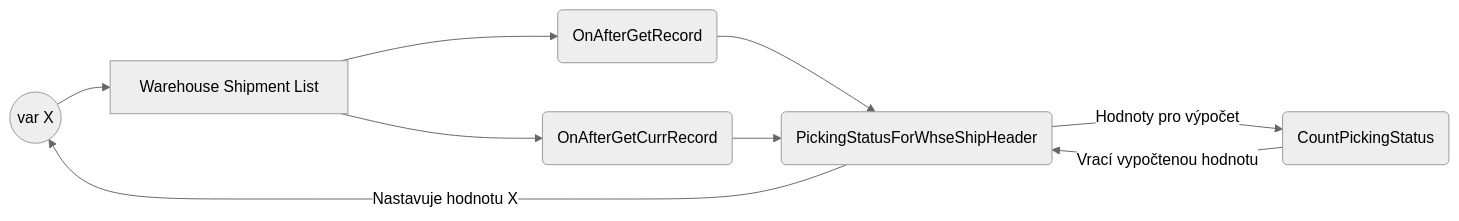
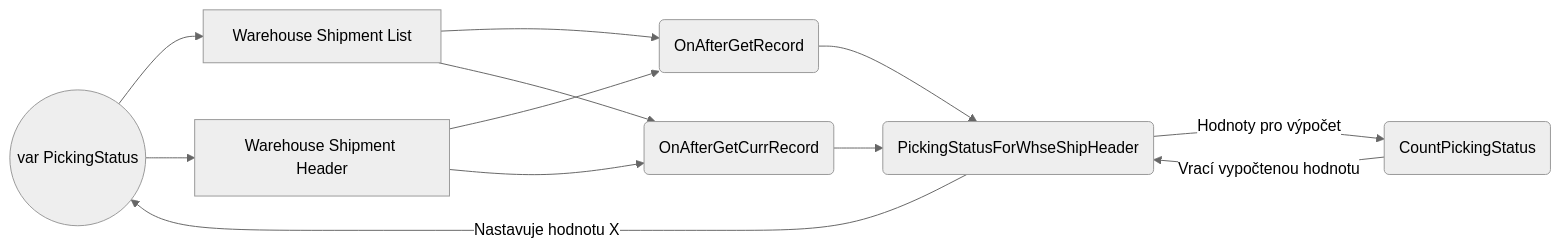
The diagram in Fields/Vypočítaná hodnota na page.md (Pklimki/NVR), drawn with Mermaid (neutral theme) before and after one commit. The commit also changed other lines of this file, not shown here.

````diff
--- a/Fields/Vypočítaná hodnota na page.md
+++ b/Fields/Vypočítaná hodnota na page.md
@@ -25,7 +25,9 @@
 ```mermaid
 graph LR
-A((var X)) --> B[Warehouse Shipment List] --> C(OnAfterGetRecord) --> E(PickingStatusForWhseShipHeader)
+A((var PickingStatus)) --> B[Warehouse Shipment List] --> C(OnAfterGetRecord) --> E(PickingStatusForWhseShipHeader)
+A --> G[Warehouse Shipment Header] --> C
+G --> D
 B --> D(OnAfterGetCurrRecord) --> E
 E -- Nastavuje hodnotu X --> A
 E -- Hodnoty pro výpočet --> F(CountPickingStatus) -- Vrací vypočtenou hodnotu --> E
 ```
````
